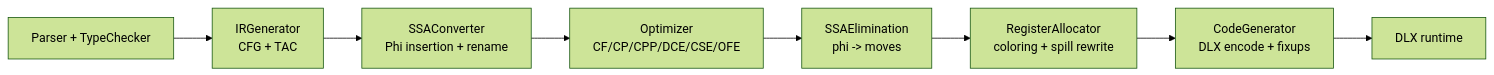
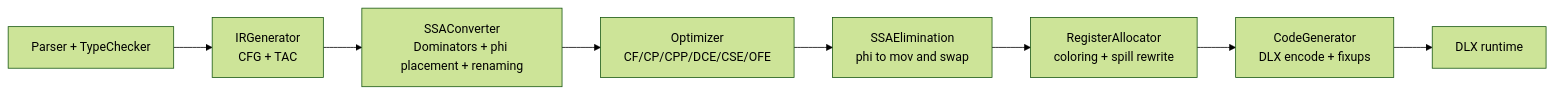
One commit to NitishM2022/MochaCompiler changed the diagram in README.md. Above: the diagram before and after it, drawn with Mermaid (forest theme). The commit also changed other lines of this file and 468 other files, not shown here.

````diff
--- a/README.md
+++ b/README.md
@@ -18,10 +18,10 @@
 ```mermaid
 flowchart LR
     A["Parser + TypeChecker"] --> B["IRGenerator<br/>CFG + TAC"]
-    B --> C["SSAConverter<br/>Phi insertion + rename"]
+    B --> C["SSAConverter<br/>Dominators + phi placement + renaming"]
     C --> D["Optimizer<br/>CF/CP/CPP/DCE/CSE/OFE"]
-    D --> E["SSAElimination<br/>phi -> moves"]
+    D --> E["SSAElimination<br/>phi to mov and swap"]
     E --> F["RegisterAllocator<br/>coloring + spill rewrite"]
     F --> G["CodeGenerator<br/>DLX encode + fixups"]
     G --> H["DLX runtime"]
 ```
````
